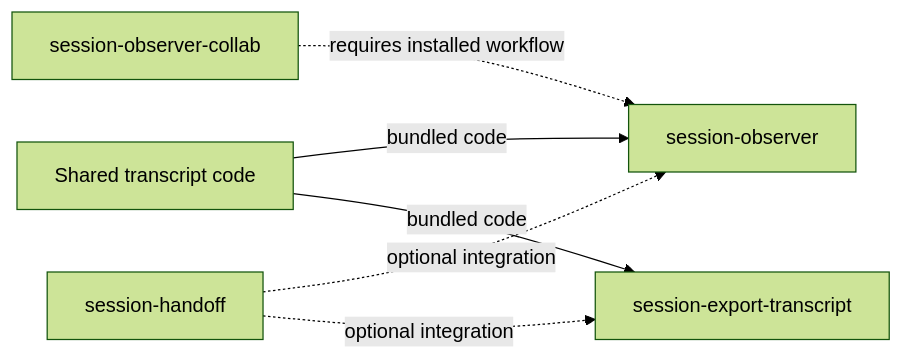
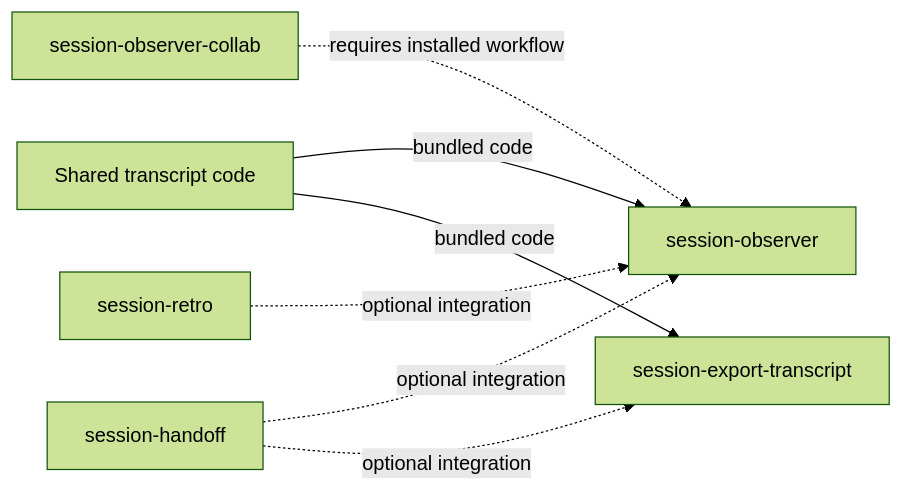
The second of 2 diagrams in documentation/docs/engineering/architecture/generated-runtime.md (tkstang/skills), drawn with Mermaid (forest theme) before and after one commit. The commit also changed other lines of this file and 35 other files, not shown here.

````diff
--- a/documentation/docs/engineering/architecture/generated-runtime.md
+++ b/documentation/docs/engineering/architecture/generated-runtime.md
@@ -99,8 +102,9 @@
 ```mermaid
 flowchart LR
   TRANSCRIPT["Shared transcript code"] -->|bundled code| OBSERVER["session-observer"]
   TRANSCRIPT -->|bundled code| EXPORT["session-export-transcript"]
   COLLAB["session-observer-collab"] -.->|requires installed workflow| OBSERVER
   HANDOFF["session-handoff"] -.->|optional integration| OBSERVER
   HANDOFF -.->|optional integration| EXPORT
+  RETRO["session-retro"] -.->|optional integration| OBSERVER
 ```
````
